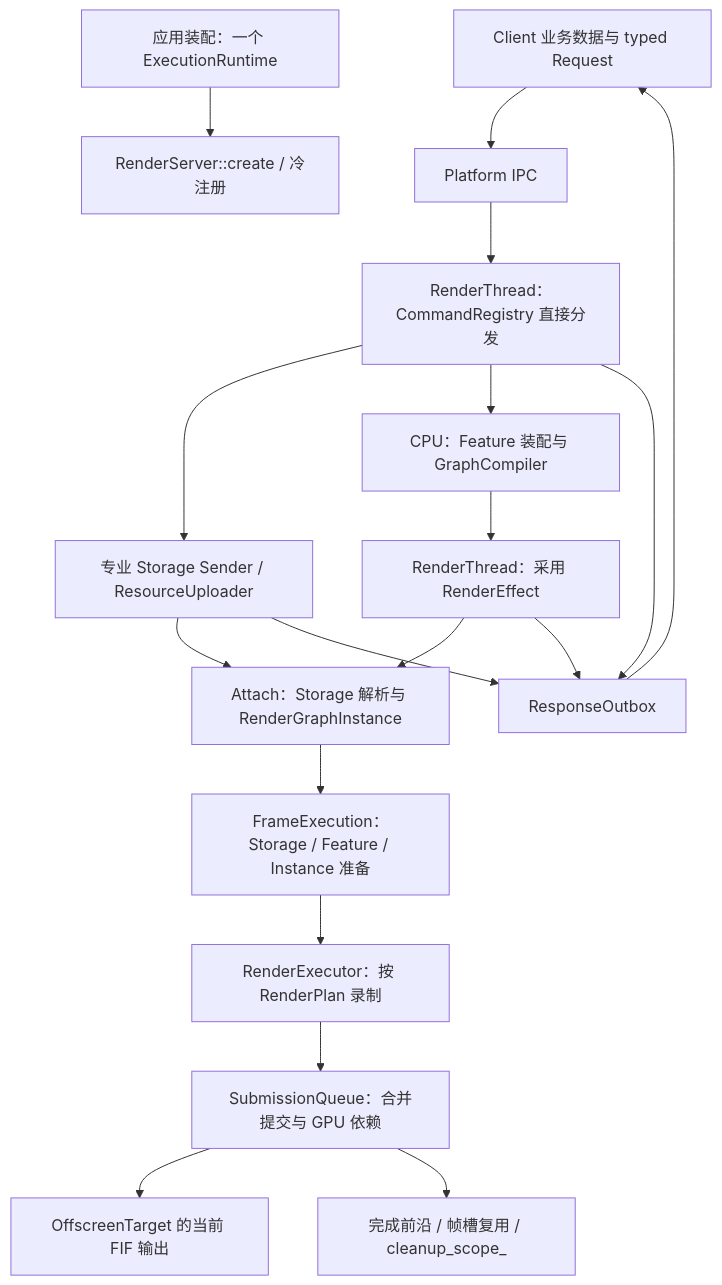
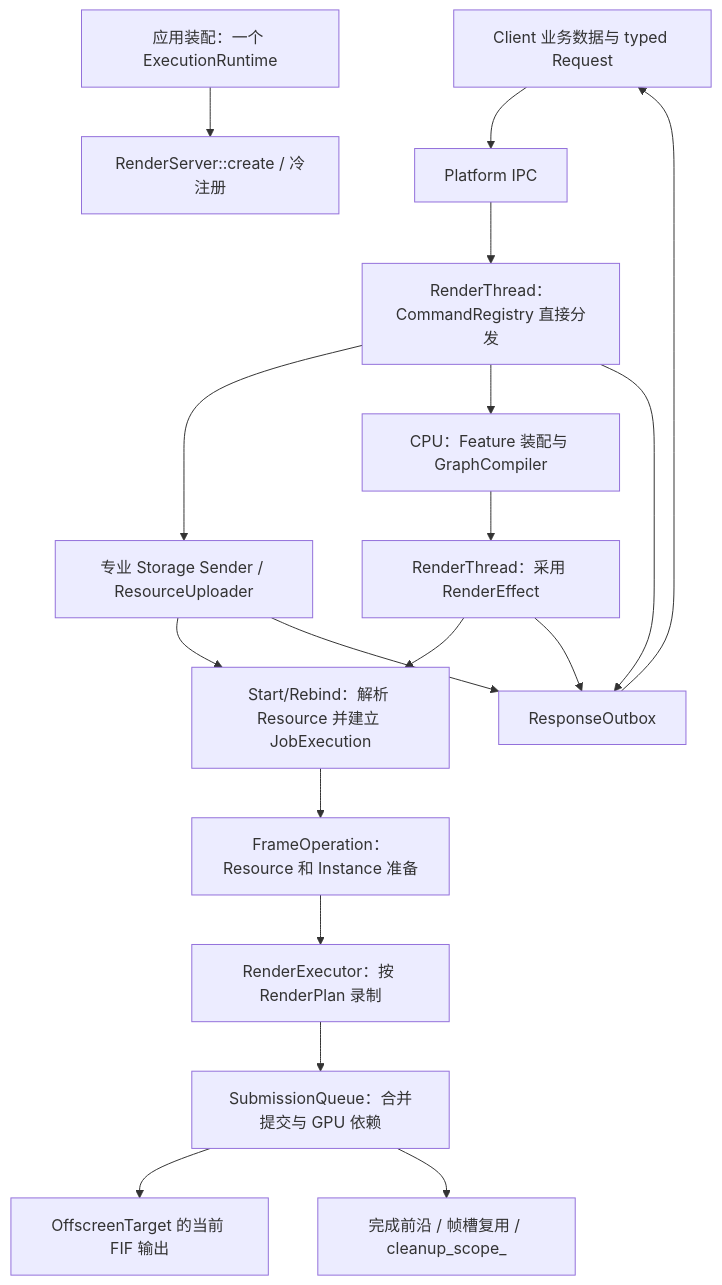
The diagram in docs/render-v2/rendering-flow.md (LUX-YU/lux-engine), drawn with Mermaid before and after one commit. The commit also changed other lines of this file and 322 other files, not shown here.

````diff
--- a/docs/render-v2/rendering-flow.md
+++ b/docs/render-v2/rendering-flow.md
@@ -29,20 +29,20 @@
 ```mermaid
 flowchart TD
     App[应用装配：一个 ExecutionRuntime] --> Server[RenderServer::create / 冷注册]
     Client[Client 业务数据与 typed Request] --> IPC[Platform IPC]
     IPC --> Dispatch[RenderThread：CommandRegistry 直接分发]
     Dispatch --> Upload[专业 Storage Sender / ResourceUploader]
     Dispatch --> Compile[CPU：Feature 装配与 GraphCompiler]
     Compile --> Adopt[RenderThread：采用 RenderEffect]
-    Adopt --> Attach[Attach：Storage 解析与 RenderGraphInstance]
-    Upload --> Attach
-    Attach --> Prepare[FrameExecution：Storage / Feature / Instance 准备]
+    Adopt --> Start[Start/Rebind：解析 Resource 并建立 JobExecution]
+    Upload --> Start
+    Start --> Prepare[FrameOperation：Resource 和 Instance 准备]
     Prepare --> Record[RenderExecutor：按 RenderPlan 录制]
     Record --> Queue[SubmissionQueue：合并提交与 GPU 依赖]
     Queue --> Target[OffscreenTarget 的当前 FIF 输出]
     Queue --> Complete[完成前沿 / 帧槽复用 / cleanup_scope_]
     Dispatch --> Reply[ResponseOutbox]
     Upload --> Reply
     Adopt --> Reply
     Reply --> Client
 ```
````
